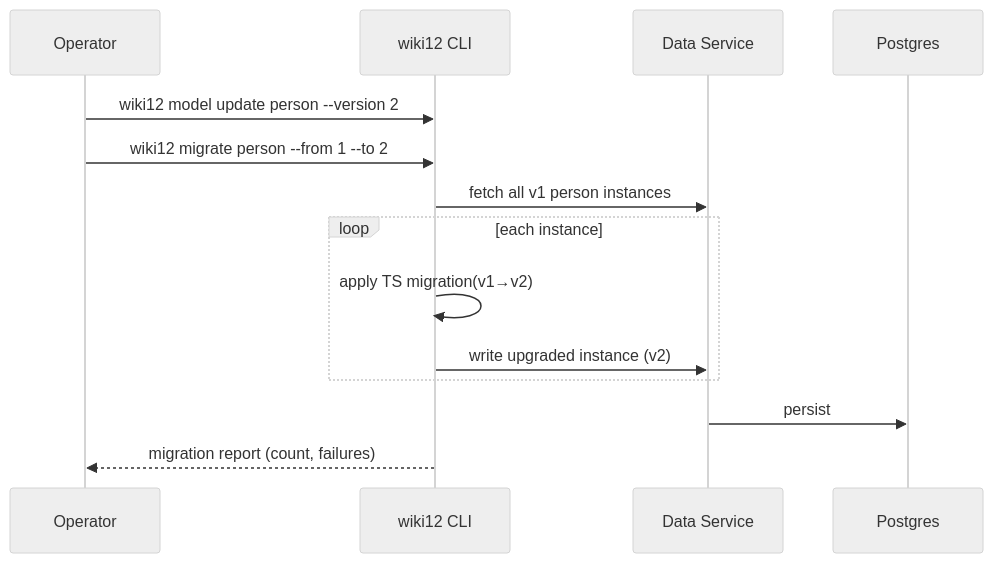
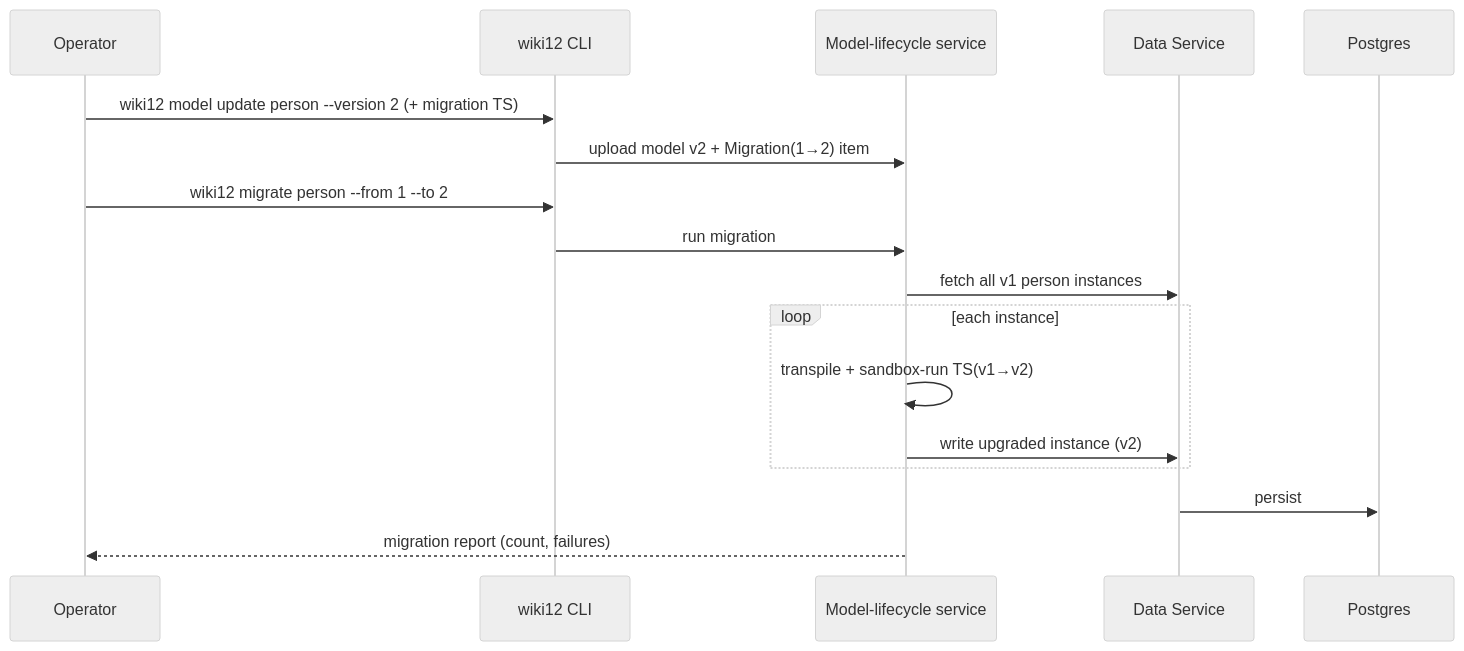
Before and after one commit to tillg/wiki12: the second of 4 diagrams in specs/changes/basic_setup/architecture.md, drawn with Mermaid (neutral theme). The commit also changed other lines of this file and 10 other files, not shown here.

````diff
--- a/specs/changes/basic_setup/architecture.md
+++ b/specs/changes/basic_setup/architecture.md
@@ -117,16 +130,19 @@
 ```mermaid
 sequenceDiagram
     participant Op as Operator
     participant CLI as wiki12 CLI
+    participant Node as Model-lifecycle service
     participant Srv as Data Service
     participant DB as Postgres
-    Op->>CLI: wiki12 model update person --version 2
+    Op->>CLI: wiki12 model update person --version 2 (+ migration TS)
+    CLI->>Node: upload model v2 + Migration(1→2) item
     Op->>CLI: wiki12 migrate person --from 1 --to 2
-    CLI->>Srv: fetch all v1 person instances
+    CLI->>Node: run migration
+    Node->>Srv: fetch all v1 person instances
     loop each instance
-        CLI->>CLI: apply TS migration(v1→v2)
-        CLI->>Srv: write upgraded instance (v2)
+        Node->>Node: transpile + sandbox-run TS(v1→v2)
+        Node->>Srv: write upgraded instance (v2)
     end
     Srv->>DB: persist
-    CLI-->>Op: migration report (count, failures)
+    Node-->>Op: migration report (count, failures)
 ```
````
